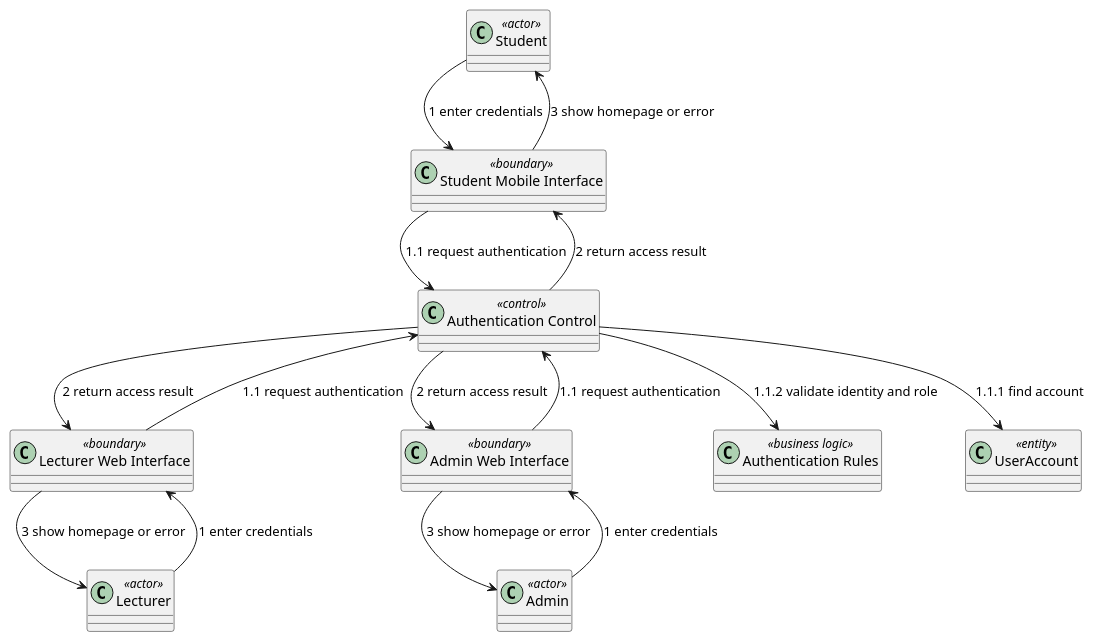
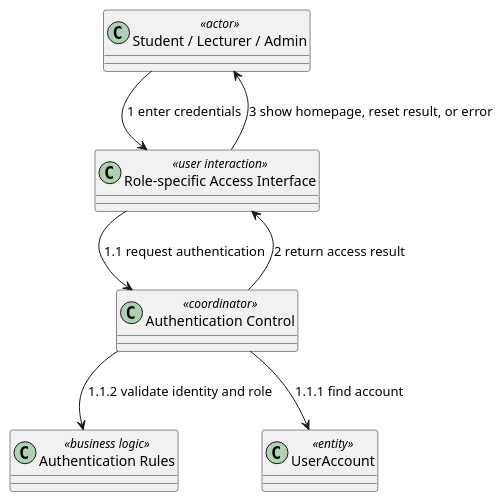
Before and after one commit to nttung42/SWD392: the eighth of 29 diagrams in docs/sds/2_Analysis.md, drawn with PlantUML. The commit also changed other lines of this file and 1 other file, not shown here.

````diff
--- a/docs/sds/2_Analysis.md
+++ b/docs/sds/2_Analysis.md
@@ -347,28 +398,16 @@
 ```plantuml
 @startuml
-class "Student" as Student <<actor>>
-class "Lecturer" as Lecturer <<actor>>
-class "Admin" as Admin <<actor>>
-class "Student Mobile Interface" as StudentUI <<boundary>>
-class "Lecturer Web Interface" as LecturerUI <<boundary>>
-class "Admin Web Interface" as AdminUI <<boundary>>
-class "Authentication Control" as AuthControl <<control>>
+class "Student / Lecturer / Admin" as User <<actor>>
+class "Role-specific Access Interface" as AccessUI <<user interaction>>
+class "Authentication Control" as AuthControl <<coordinator>>
 class "Authentication Rules" as AuthRules <<business logic>>
 class "UserAccount" as UserAccount <<entity>>
 
-Student --> StudentUI : 1 enter credentials
-Lecturer --> LecturerUI : 1 enter credentials
-Admin --> AdminUI : 1 enter credentials
-StudentUI --> AuthControl : 1.1 request authentication
-LecturerUI --> AuthControl : 1.1 request authentication
-AdminUI --> AuthControl : 1.1 request authentication
+User --> AccessUI : 1 enter credentials
+AccessUI --> AuthControl : 1.1 request authentication
 AuthControl --> UserAccount : 1.1.1 find account
 AuthControl --> AuthRules : 1.1.2 validate identity and role
-AuthControl --> StudentUI : 2 return access result
-AuthControl --> LecturerUI : 2 return access result
-AuthControl --> AdminUI : 2 return access result
-StudentUI --> Student : 3 show homepage or error
-LecturerUI --> Lecturer : 3 show homepage or error
-AdminUI --> Admin : 3 show homepage or error
+AuthControl --> AccessUI : 2 return access result
+AccessUI --> User : 3 show homepage, reset result, or error
 @enduml
 ```
````
